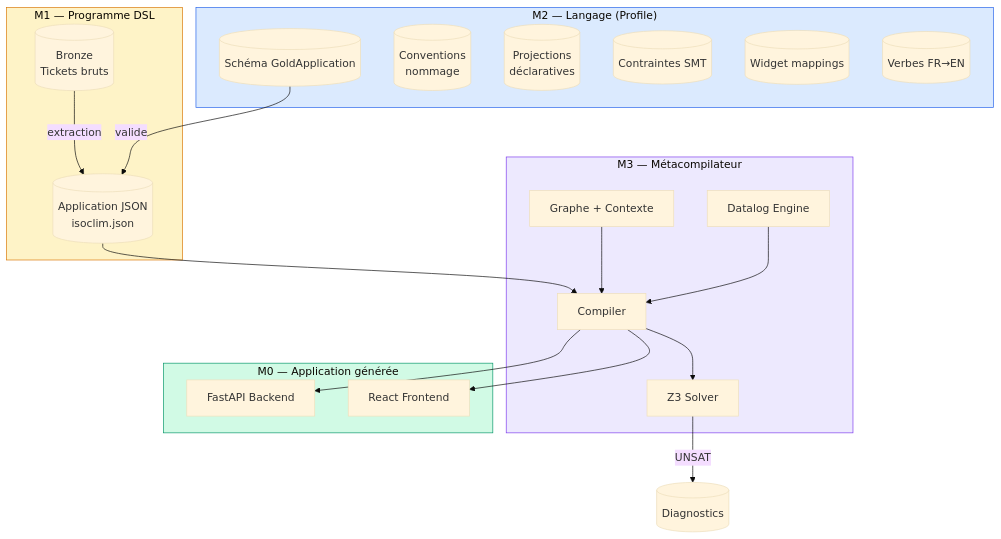
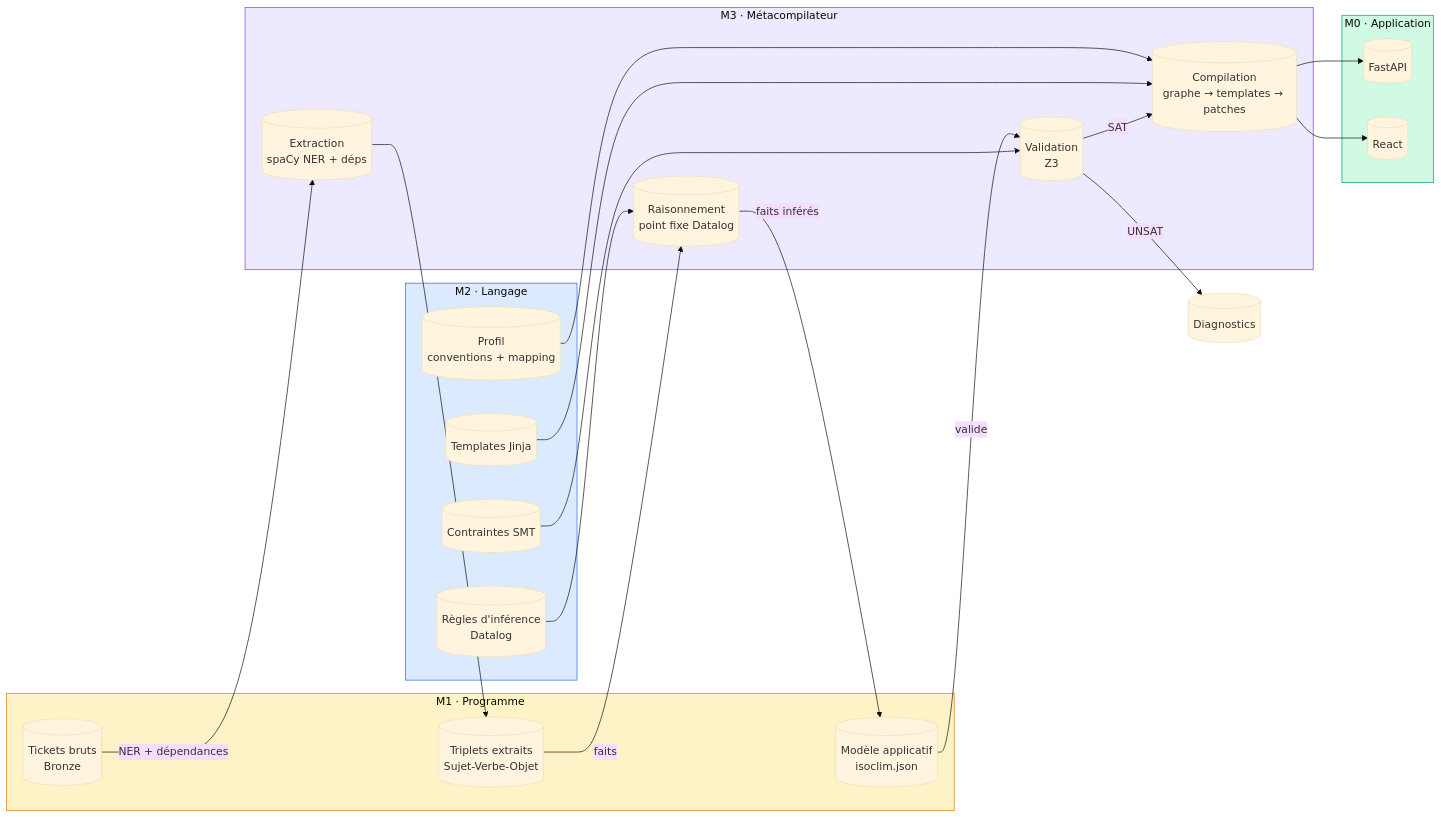
One commit to joanix2/LOF-Framework changed the diagram in README.md. Above: the diagram before and after it, drawn with Mermaid (base theme).

Commit message:
docs: pipeline explicite — tickets → spaCy triplets → Datalog → JSON → compilation → app

````diff
--- a/README.md
+++ b/README.md
@@ -9,43 +9,46 @@
 ```mermaid
-flowchart TB
-    subgraph M1["M1 — Programme DSL"]
-        BRONZE[("Bronze<br/>Tickets bruts")]
-        APP[("Application JSON<br/>isoclim.json")]
+flowchart LR
+    subgraph M1_M0["M1 · Programme"]
+        TICKETS[("Tickets bruts<br/>Bronze")]
+        TRIPLETS[("Triplets extraits<br/>Sujet-Verbe-Objet")]
+        APP[("Modèle applicatif<br/>isoclim.json")]
     end
 
-    subgraph M2["M2 — Langage (Profile)"]
-        SCHEMA[("Schéma GoldApplication")]
-        NAMING[("Conventions<br/>nommage")]
-        PROJECTIONS[("Projections<br/>déclaratives")]
+    subgraph M2["M2 · Langage"]
+        RULES[("Règles d'inférence<br/>Datalog")]
         CONSTRAINTS[("Contraintes SMT")]
-        WIDGETS[("Widget mappings")]
-        VERBS[("Verbes FR→EN")]
+        TEMPLATES[("Templates Jinja")]
+        PROFILE[("Profil<br/>conventions + mapping")]
     end
 
-    subgraph M3["M3 — Métacompilateur"]
-        COMPILER["Compiler"]
-        SMT["Z3 Solver"]
-        REASON["Datalog Engine"]
-        GRAPH["Graphe + Contexte"]
+    subgraph M3["M3 · Métacompilateur"]
+        EXTRACT[("Extraction<br/>spaCy NER + déps")]
+        INFER[("Raisonnement<br/>point fixe Datalog")]
+        COMPILE[("Compilation<br/>graphe → templates → patches")]
+        SMT[("Validation<br/>Z3")]
     end
 
-    subgraph M0["M0 — Application générée"]
-        API["FastAPI Backend"]
-        WEB["React Frontend"]
+    subgraph M0_GEN["M0 · Application"]
+        API[("FastAPI")]
+        WEB[("React")]
     end
 
-    BRONZE -->|extraction| APP
-    APP --> COMPILER
-    SCHEMA -->|valide| APP
-    COMPILER --> SMT
-    GRAPH --> COMPILER
-    REASON --> COMPILER
-    COMPILER --> API
-    COMPILER --> WEB
+    TICKETS -->|NER + dépendances| EXTRACT
+    EXTRACT --> TRIPLETS
+    TRIPLETS -->|faits| INFER
+    RULES --> INFER
+    INFER -->|faits inférés| APP
+    PROFILE --> COMPILE
+    TEMPLATES --> COMPILE
+    APP -->|valide| SMT
+    CONSTRAINTS --> SMT
+    SMT -->|SAT| COMPILE
     SMT -->|UNSAT| DIAG[("Diagnostics")]
+    COMPILE --> API
+    COMPILE --> WEB
 
-    style M1 fill:#fef3c7,stroke:#d97706
+    style M1_M0 fill:#fef3c7,stroke:#d97706
     style M2 fill:#dbeafe,stroke:#2563eb
     style M3 fill:#ede9fe,stroke:#7c3aed
-    style M0 fill:#d1fae5,stroke:#059669
+    style M0_GEN fill:#d1fae5,stroke:#059669
 ```
````
